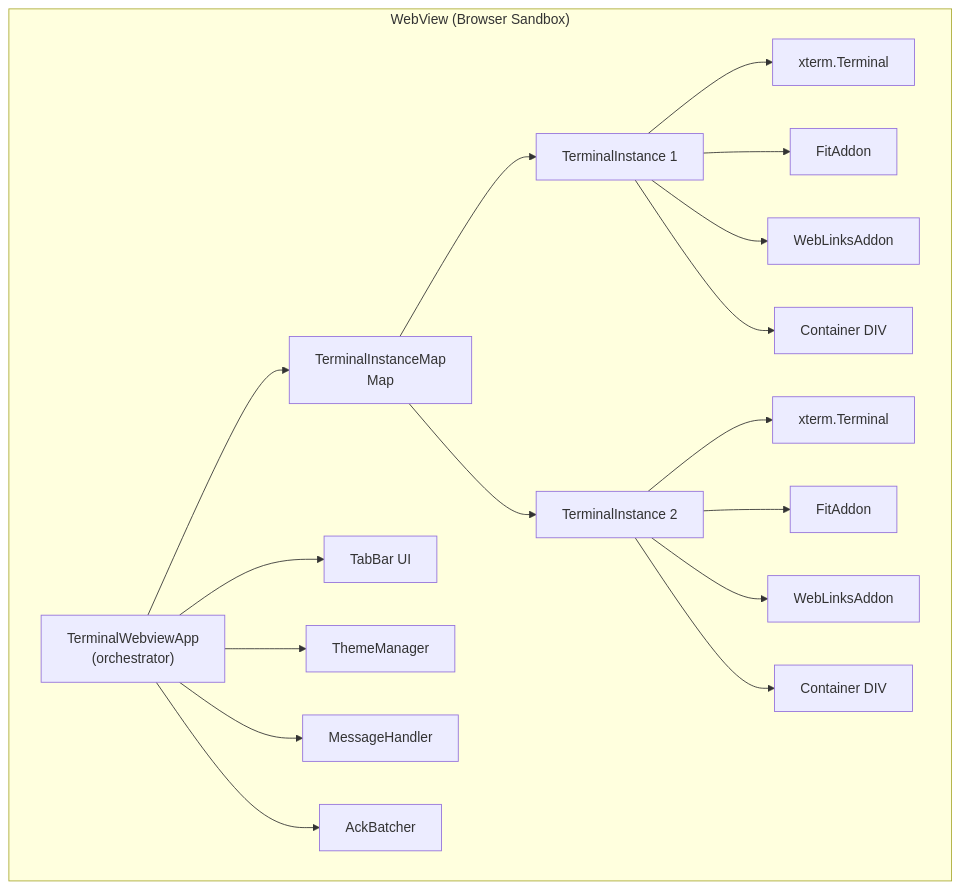
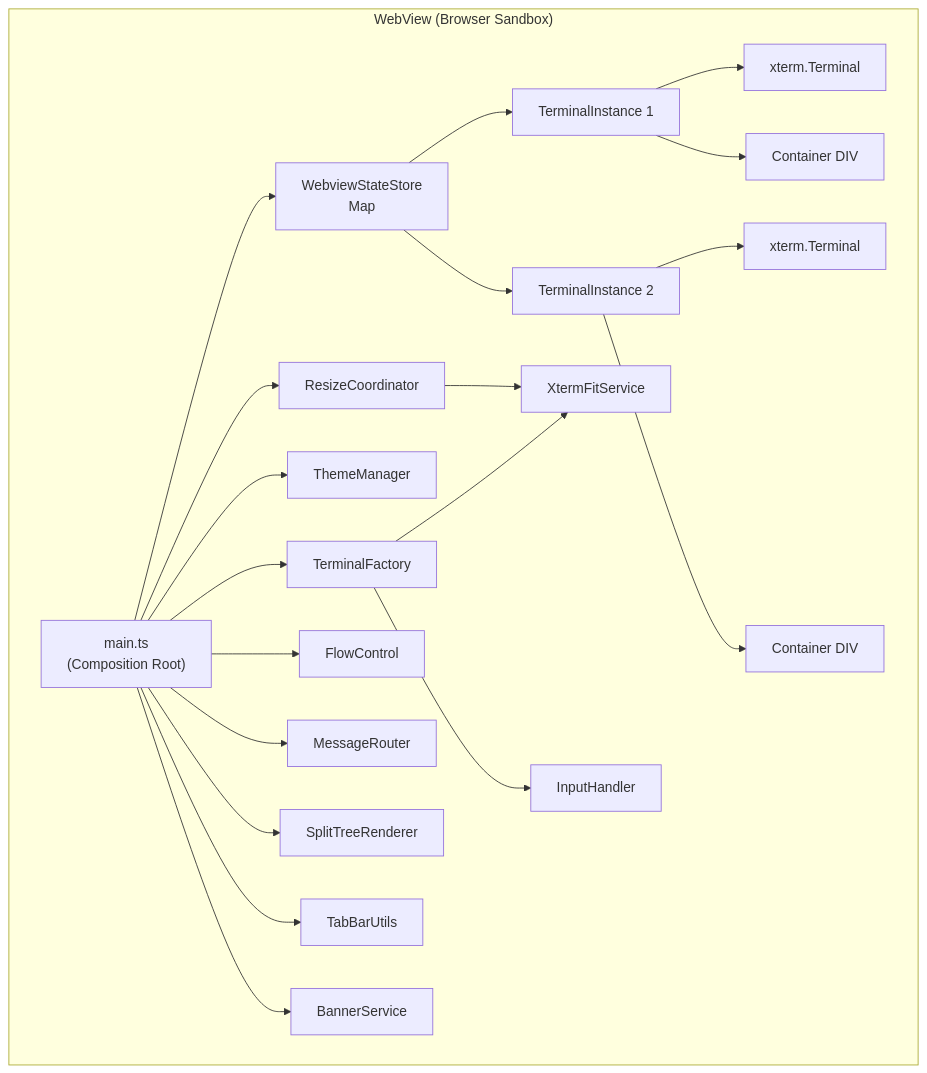
One commit to huybuidac/anywhere-terminal changed the first of 3 diagrams in docs/design/xterm-integration.md. Above: the diagram before and after it, drawn with Mermaid. The commit also changed other lines of this file and 46 other files, not shown here.

Commit message:
refactor: extract terminal factory, split renderer, and flow control into dedicated modules, reducing main.ts to a composition root, and add new webview tests.

````diff
--- a/docs/design/xterm-integration.md
+++ b/docs/design/xterm-integration.md
@@ -16,26 +16,29 @@
 ```mermaid
 graph TD
     subgraph WebView["WebView (Browser Sandbox)"]
-        APP["TerminalWebviewApp<br/>(orchestrator)"]
+        MAIN["main.ts<br/>(Composition Root)"]
         
-        APP --> TM["TerminalInstanceMap<br/>Map<tabId, TerminalInstance>"]
+        MAIN --> STORE["WebviewStateStore<br/>Map<tabId, TerminalInstance>"]
+        MAIN --> TF["TerminalFactory"]
+        MAIN --> TH["ThemeManager"]
+        MAIN --> RC["ResizeCoordinator"]
+        MAIN --> FC["FlowControl"]
+        MAIN --> MR["MessageRouter"]
+        MAIN --> SR["SplitTreeRenderer"]
         
-        TM --> T1["TerminalInstance 1"]
-        TM --> T2["TerminalInstance 2"]
+        STORE --> T1["TerminalInstance 1"]
+        STORE --> T2["TerminalInstance 2"]
         
         T1 --> XT1["xterm.Terminal"]
-        T1 --> FA1["FitAddon"]
-        T1 --> WL1["WebLinksAddon"]
         T1 --> C1["Container DIV"]
         
         T2 --> XT2["xterm.Terminal"]
-        T2 --> FA2["FitAddon"]
-        T2 --> WL2["WebLinksAddon"]
         T2 --> C2["Container DIV"]
         
-        APP --> TB["TabBar UI"]
-        APP --> TH["ThemeManager"]
-        APP --> MH["MessageHandler"]
-        APP --> AB["AckBatcher"]
+        TF --> XFS["XtermFitService"]
+        TF --> IH["InputHandler"]
+        RC --> XFS
+        MAIN --> TB["TabBarUtils"]
+        MAIN --> BS["BannerService"]
     end
 ```
````
